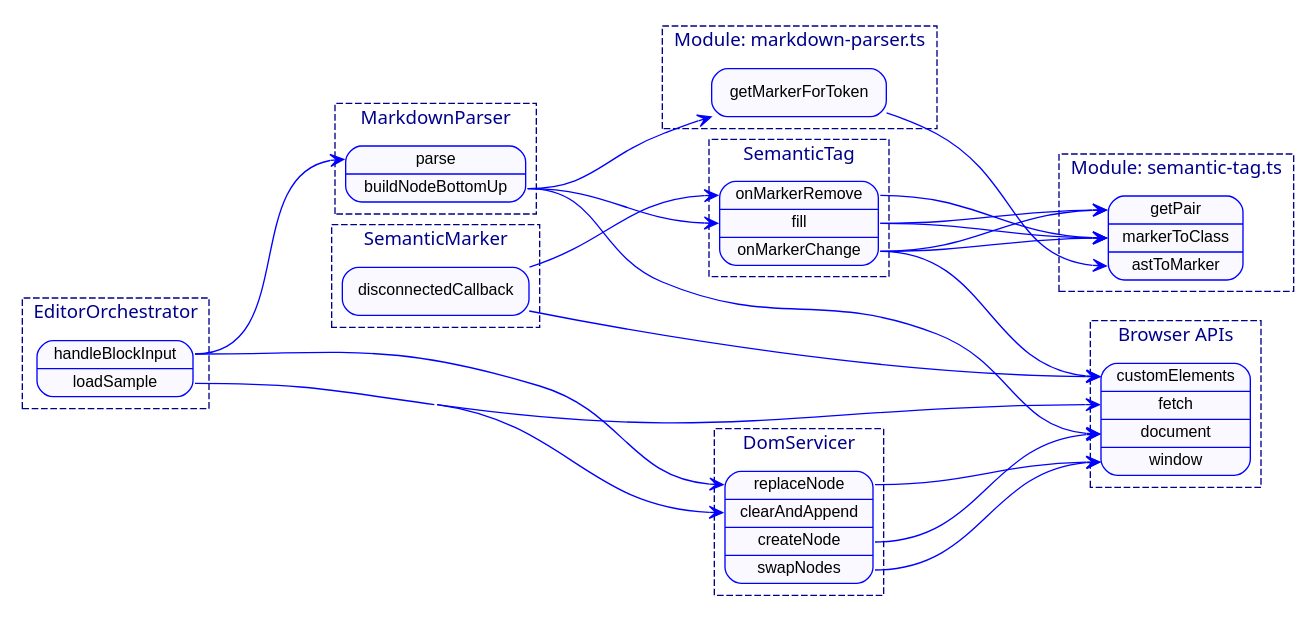
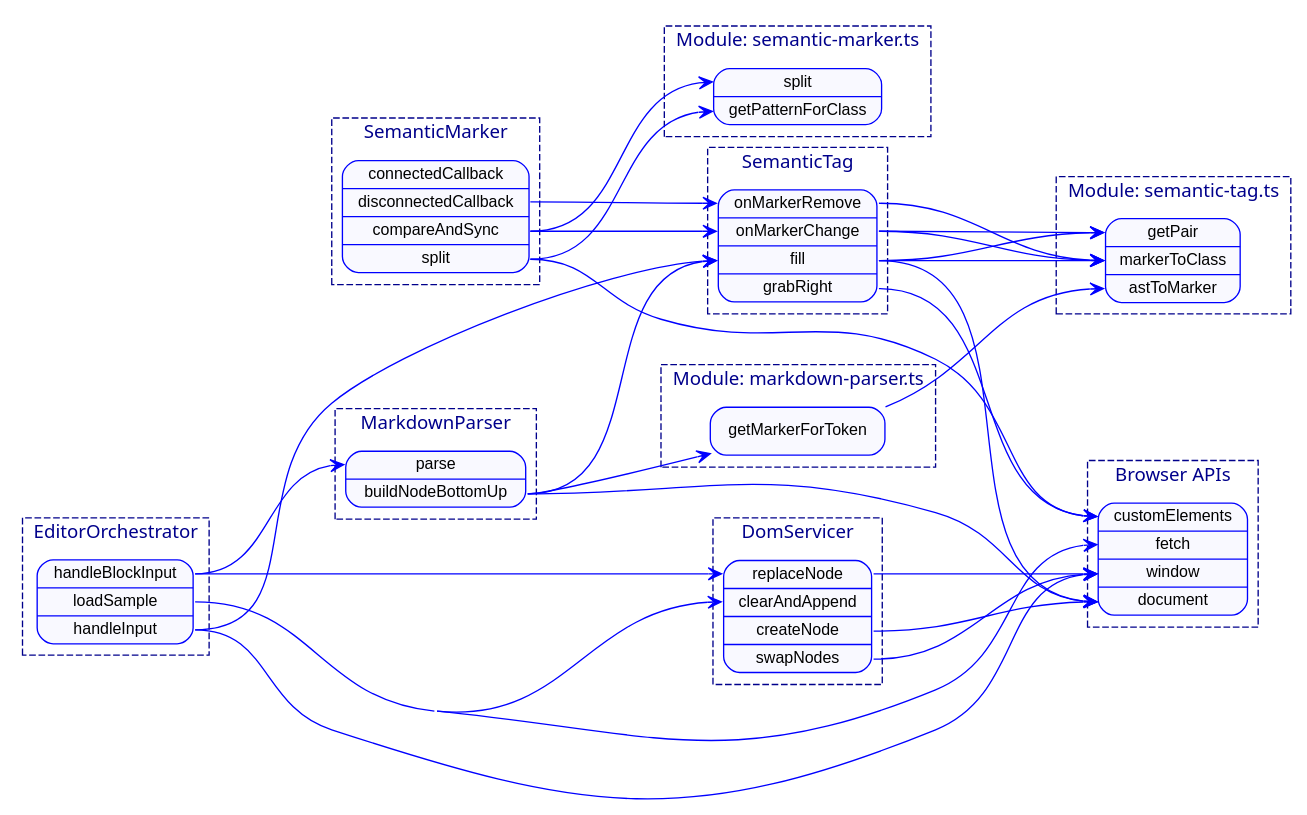
One commit to invisement/markdown-presentation changed the diagram in reports/logic-graph.dot. Above: the diagram before and after it, drawn with Graphviz. The commit also changed 5 other files, not shown here.

```diff
--- a/reports/logic-graph.dot
+++ b/reports/logic-graph.dot
@@ -1,58 +1,68 @@
 digraph logic {
   graph [fontname="system-ui"; fontcolor=darkblue; fontsize=14; style="dashed" rankdir="LR"; concentrate=true; overlap=false; splines=true; color=darkblue; ranksep=1.5;];
   node [fontname="sans-serif"; shape=Mrecord, fontsize=12, color=blue, style=filled, fillcolor="#f9f9ff"];
   edge [fontsize=12, color=blue, arrowhead=vee];
 
   subgraph "cluster_SemanticMarker" {
     label = "SemanticMarker";
-    "semantic-marker.ts:SemanticMarker" [label="<disconnectedCallback> disconnectedCallback", URL="semantic-marker.ts", tooltip="semantic-marker.ts"];
+    "semantic-marker.ts:SemanticMarker" [label="<connectedCallback> connectedCallback | <disconnectedCallback> disconnectedCallback | <compareAndSync> compareAndSync | <split> split", URL="semantic-marker.ts", tooltip="semantic-marker.ts"];
   }
   subgraph "cluster_SemanticTag" {
     label = "SemanticTag";
-    "semantic-tag.ts:SemanticTag" [label="<onMarkerRemove> onMarkerRemove | <fill> fill | <onMarkerChange> onMarkerChange", URL="semantic-tag.ts", tooltip="semantic-tag.ts"];
+    "semantic-tag.ts:SemanticTag" [label="<onMarkerRemove> onMarkerRemove | <onMarkerChange> onMarkerChange | <fill> fill | <grabRight> grabRight", URL="semantic-tag.ts", tooltip="semantic-tag.ts"];
+  }
+  subgraph "cluster_semantic_marker_ts_Module" {
+    label = "Module: semantic-marker.ts";
+    "semantic-marker.ts:semantic-marker.ts:Module" [label="<split> split | <getPatternForClass> getPatternForClass", URL="semantic-marker.ts", tooltip="semantic-marker.ts"];
   }
   subgraph "cluster_EditorOrchestrator" {
     label = "EditorOrchestrator";
-    "editor-orchestrator.ts:EditorOrchestrator" [label="<handleBlockInput> handleBlockInput | <loadSample> loadSample", URL="editor-orchestrator.ts", tooltip="editor-orchestrator.ts"];
+    "editor-orchestrator.ts:EditorOrchestrator" [label="<handleBlockInput> handleBlockInput | <loadSample> loadSample | <handleInput> handleInput", URL="editor-orchestrator.ts", tooltip="editor-orchestrator.ts"];
   }
   subgraph "cluster_MarkdownParser" {
     label = "MarkdownParser";
     "markdown-parser.ts:MarkdownParser" [label="<parse> parse | <buildNodeBottomUp> buildNodeBottomUp", URL="markdown-parser.ts", tooltip="markdown-parser.ts"];
   }
   subgraph "cluster_DomServicer" {
     label = "DomServicer";
     "dom-servicer.ts:DomServicer" [label="<replaceNode> replaceNode | <clearAndAppend> clearAndAppend | <createNode> createNode | <swapNodes> swapNodes", URL="dom-servicer.ts", tooltip="dom-servicer.ts"];
   }
   subgraph "cluster_semantic_tag_ts_Module" {
     label = "Module: semantic-tag.ts";
     "semantic-tag.ts:semantic-tag.ts:Module" [label="<getPair> getPair | <markerToClass> markerToClass | <astToMarker> astToMarker", URL="semantic-tag.ts", tooltip="semantic-tag.ts"];
   }
   subgraph "cluster_markdown_parser_ts_Module" {
     label = "Module: markdown-parser.ts";
     "markdown-parser.ts:markdown-parser.ts:Module" [label="<getMarkerForToken> getMarkerForToken", URL="markdown-parser.ts", tooltip="markdown-parser.ts"];
   }
   subgraph cluster_browser {
     label = "Browser APIs";
-    "Browser" [label="<customElements> customElements | <fetch> fetch | <document> document | <window> window"];
+    "Browser" [label="<customElements> customElements | <fetch> fetch | <window> window | <document> document"];
   }
   "dom-servicer.ts:DomServicer":"createNode" -> "Browser":"document";
   "dom-servicer.ts:DomServicer":"replaceNode" -> "Browser":"window";
   "dom-servicer.ts:DomServicer":"swapNodes" -> "Browser":"window";
   "editor-orchestrator.ts:EditorOrchestrator":"handleBlockInput" -> "dom-servicer.ts:DomServicer":"replaceNode";
   "editor-orchestrator.ts:EditorOrchestrator":"handleBlockInput" -> "markdown-parser.ts:MarkdownParser":"parse";
+  "editor-orchestrator.ts:EditorOrchestrator":"handleInput" -> "Browser":"window";
+  "editor-orchestrator.ts:EditorOrchestrator":"handleInput" -> "semantic-tag.ts:SemanticTag":"fill";
   "editor-orchestrator.ts:EditorOrchestrator":"loadSample" -> "Browser":"fetch";
   "editor-orchestrator.ts:EditorOrchestrator":"loadSample" -> "dom-servicer.ts:DomServicer":"clearAndAppend";
   "markdown-parser.ts:MarkdownParser":"buildNodeBottomUp" -> "Browser":"document";
   "markdown-parser.ts:MarkdownParser":"buildNodeBottomUp" -> "markdown-parser.ts:markdown-parser.ts:Module":"getMarkerForToken";
   "markdown-parser.ts:MarkdownParser":"buildNodeBottomUp" -> "semantic-tag.ts:SemanticTag":"fill";
   "markdown-parser.ts:MarkdownParser":"parse" -> "Browser":"document";
   "markdown-parser.ts:markdown-parser.ts:Module":"getMarkerForToken" -> "semantic-tag.ts:semantic-tag.ts:Module":"astToMarker";
-  "semantic-marker.ts:SemanticMarker":"disconnectedCallback" -> "Browser":"customElements";
+  "semantic-marker.ts:SemanticMarker":"compareAndSync" -> "semantic-marker.ts:semantic-marker.ts:Module":"split";
+  "semantic-marker.ts:SemanticMarker":"compareAndSync" -> "semantic-tag.ts:SemanticTag":"onMarkerChange";
   "semantic-marker.ts:SemanticMarker":"disconnectedCallback" -> "semantic-tag.ts:SemanticTag":"onMarkerRemove";
+  "semantic-marker.ts:SemanticMarker":"split" -> "Browser":"customElements";
+  "semantic-marker.ts:SemanticMarker":"split" -> "semantic-marker.ts:semantic-marker.ts:Module":"getPatternForClass";
+  "semantic-tag.ts:SemanticTag":"fill" -> "Browser":"document";
   "semantic-tag.ts:SemanticTag":"fill" -> "semantic-tag.ts:semantic-tag.ts:Module":"getPair";
   "semantic-tag.ts:SemanticTag":"fill" -> "semantic-tag.ts:semantic-tag.ts:Module":"markerToClass";
-  "semantic-tag.ts:SemanticTag":"onMarkerChange" -> "Browser":"customElements";
+  "semantic-tag.ts:SemanticTag":"grabRight" -> "Browser":"customElements";
   "semantic-tag.ts:SemanticTag":"onMarkerChange" -> "semantic-tag.ts:semantic-tag.ts:Module":"getPair";
   "semantic-tag.ts:SemanticTag":"onMarkerChange" -> "semantic-tag.ts:semantic-tag.ts:Module":"markerToClass";
   "semantic-tag.ts:SemanticTag":"onMarkerRemove" -> "semantic-tag.ts:semantic-tag.ts:Module":"markerToClass";
 }
```
